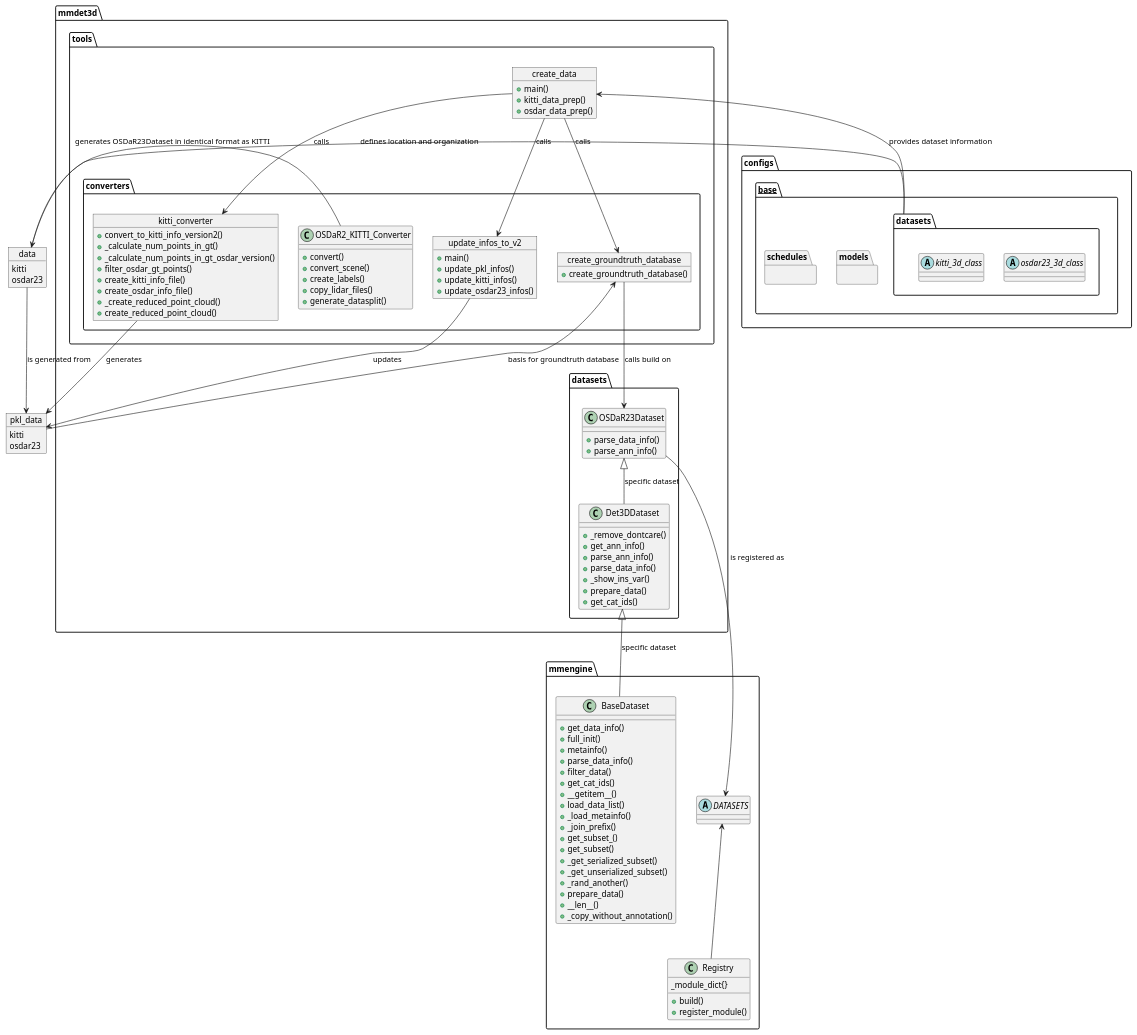
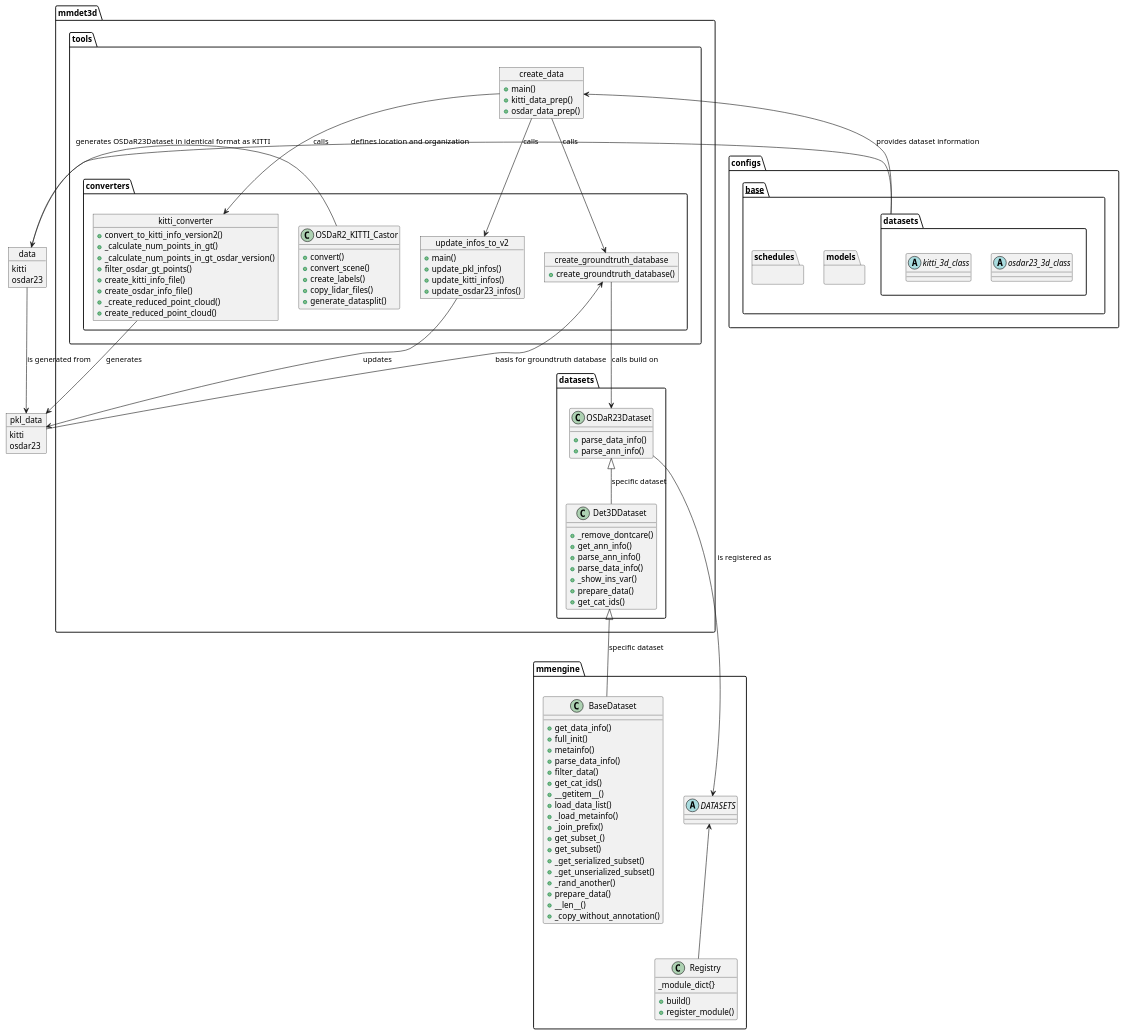
One commit to nicoscore99/mmdetection3d_for_rail changed the diagram in mmdet_osdar_overview.puml. Above: the diagram before and after it, drawn with PlantUML. The commit also changed 2 other files, not shown here.

```diff
--- a/mmdet_osdar_overview.puml
+++ b/mmdet_osdar_overview.puml
@@ -1,150 +1,150 @@
 @startuml mmdet_osdar_overview
 
 object data {
     kitti
     osdar23
 }
 
 object pkl_data {
     kitti
     osdar23
 }
 
 package "mmengine" {
 
     class "BaseDataset" {
         + get_data_info()
         + full_init()
         + metainfo()
         + parse_data_info()
         + filter_data()
         + get_cat_ids()
         + __getitem__()
         + load_data_list()
         + _load_metainfo()
         + _join_prefix()
         + get_subset_()
         + get_subset()
         + _get_serialized_subset()
         + _get_unserialized_subset()
         + _rand_another()
         + prepare_data()
         + __len__()
         + _copy_without_annotation()
     }
 
     abstract DATASETS {
 
     }
 
     class Registry {
         _module_dict{}
         + build()
         + register_module()
     }
 
 
 }
 
 package "mmdet3d" {
     
     package "datasets" {
 
         class OSDaR23Dataset {
             + parse_data_info()
             + parse_ann_info()
         }
 
         class Det3DDataset {
             + _remove_dontcare()
             + get_ann_info()
             + parse_ann_info()
             + parse_data_info()
             + _show_ins_var()
             + prepare_data()
             + get_cat_ids()
         }
 
     }
 
     package "tools" {
         package "converters" {
-            class OSDaR2_KITTI_Converter {
+            class OSDaR2_KITTI_Castor {
                 + convert()
                 + convert_scene()
                 + create_labels()
                 + copy_lidar_files()
                 + generate_datasplit()
             }
 
             object kitti_converter {
                 + convert_to_kitti_info_version2()
                 + _calculate_num_points_in_gt()
                 + _calculate_num_points_in_gt_osdar_version()
                 + filter_osdar_gt_points()
                 + create_kitti_info_file()
                 + create_osdar_info_file()
                 + _create_reduced_point_cloud()
                 + create_reduced_point_cloud()
             }
 
             object update_infos_to_v2 {
                 + main()
                 + update_pkl_infos()
                 + update_kitti_infos()
                 + update_osdar23_infos()
             }
 
             object create_groundtruth_database {
                 + create_groundtruth_database()
             }
         }
 
         object create_data {
             + main()
             + kitti_data_prep()
             + osdar_data_prep()
         }
     }
 
 }
 
 package "configs" {
     package "__base__" {
         package "models" {}
         package "datasets" {
             abstract osdar23_3d_class {
 
             }
             abstract kitti_3d_class{
 
             }
         }
         package "schedules" {}
     }
 }
 
 OSDaR23Dataset <|-- Det3DDataset : specific dataset
 DATASETS <-- OSDaR23Dataset : is registered as
 
 Det3DDataset <|-- BaseDataset : specific dataset
 
 create_data --> kitti_converter : calls
 create_data --> update_infos_to_v2  : calls
 create_data --> create_groundtruth_database : calls
 create_data <-- configs.__base__.datasets : provides dataset information
 
 DATASETS <-- Registry
 
 create_groundtruth_database --> OSDaR23Dataset : calls build on
 
 configs.__base__.datasets -- data : defines location and organization
-data <-- mmdet3d.tools.converters.OSDaR2_KITTI_Converter : generates OSDaR23Dataset in identical format as KITTI
+data <-- mmdet3d.tools.converters.OSDaR2_KITTI_Castor : generates OSDaR23Dataset in identical format as KITTI
 data --> pkl_data : is generated from
 
 kitti_converter --> pkl_data : generates
 update_infos_to_v2 --> pkl_data : updates
 
 mmdet3d.tools.converters.create_groundtruth_database <-- pkl_data : basis for groundtruth database
 
 @enduml
```
